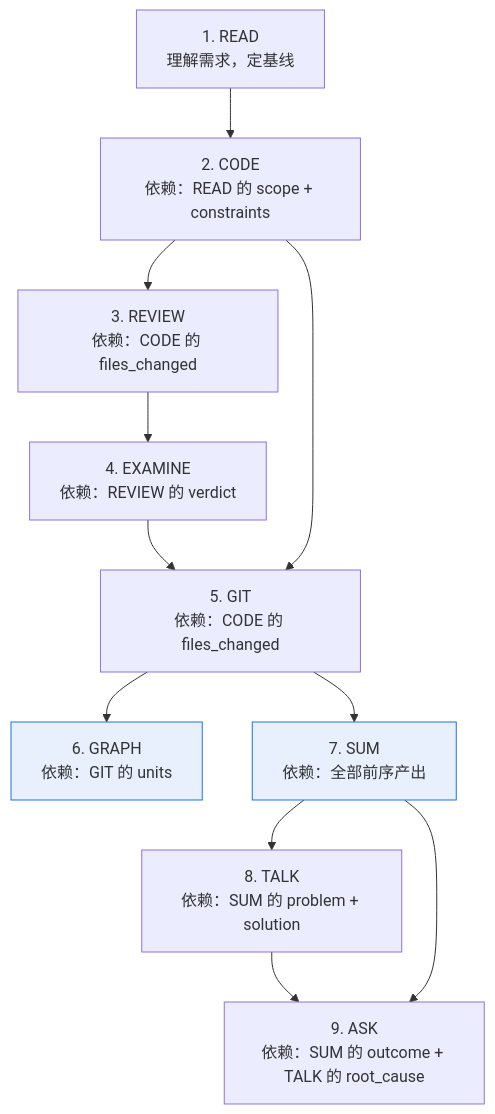
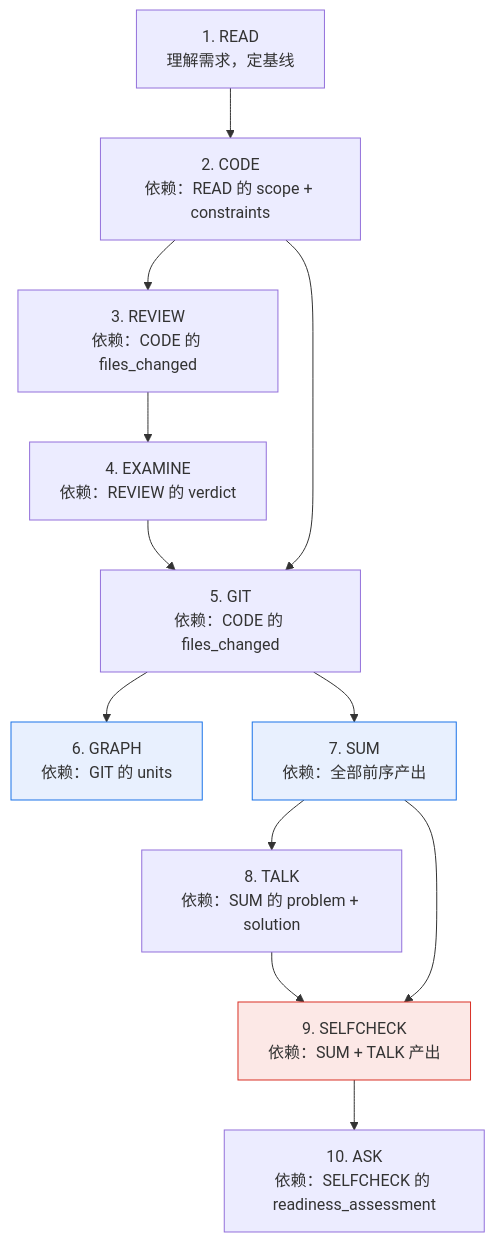
One commit to z0l0y/EasyWork changed the diagram in skills/fullchain-dev-workflow/references/orchestration-engine.md. Above: the diagram before and after it, drawn with Mermaid. The commit also changed other lines of this file and 18 other files, not shown here.

````diff
--- a/skills/fullchain-dev-workflow/references/orchestration-engine.md
+++ b/skills/fullchain-dev-workflow/references/orchestration-engine.md
@@ -9,26 +9,29 @@
 ```mermaid
 flowchart TD
     READ[1. READ<br/>理解需求，定基线]
     CODE[2. CODE<br/>依赖：READ 的 scope + constraints]
     REVIEW[3. REVIEW<br/>依赖：CODE 的 files_changed]
     EXAMINE[4. EXAMINE<br/>依赖：REVIEW 的 verdict]
     GIT[5. GIT<br/>依赖：CODE 的 files_changed]
     GRAPH[6. GRAPH<br/>依赖：GIT 的 units]
     SUM[7. SUM<br/>依赖：全部前序产出]
     TALK[8. TALK<br/>依赖：SUM 的 problem + solution]
-    ASK[9. ASK<br/>依赖：SUM 的 outcome + TALK 的 root_cause]
+    SELFCHECK[9. SELFCHECK<br/>依赖：SUM + TALK 产出]
+    ASK[10. ASK<br/>依赖：SELFCHECK 的 readiness_assessment]
 
     READ --> CODE
     CODE --> REVIEW
     REVIEW --> EXAMINE
     EXAMINE --> GIT
     CODE --> GIT
     GIT --> GRAPH
     GIT --> SUM
     SUM --> TALK
-    TALK --> ASK
-    SUM --> ASK
+    TALK --> SELFCHECK
+    SUM --> SELFCHECK
+    SELFCHECK --> ASK
 
     style GRAPH fill:#e8f0fe,stroke:#1a73e8
     style SUM fill:#e8f0fe,stroke:#1a73e8
+    style SELFCHECK fill:#fce8e6,stroke:#d93025
 ```
````
